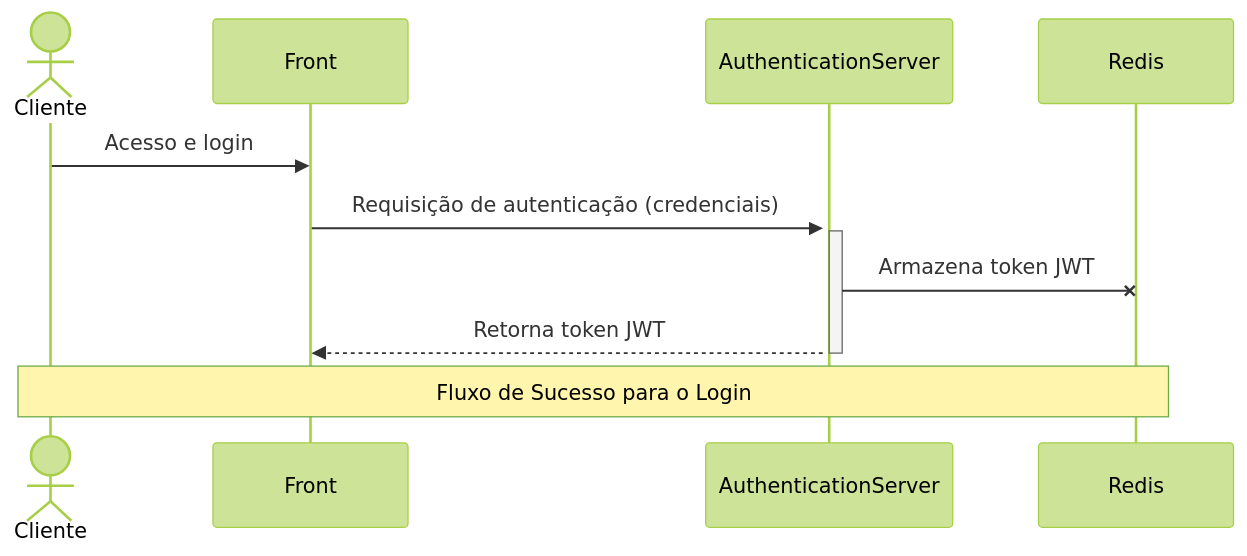
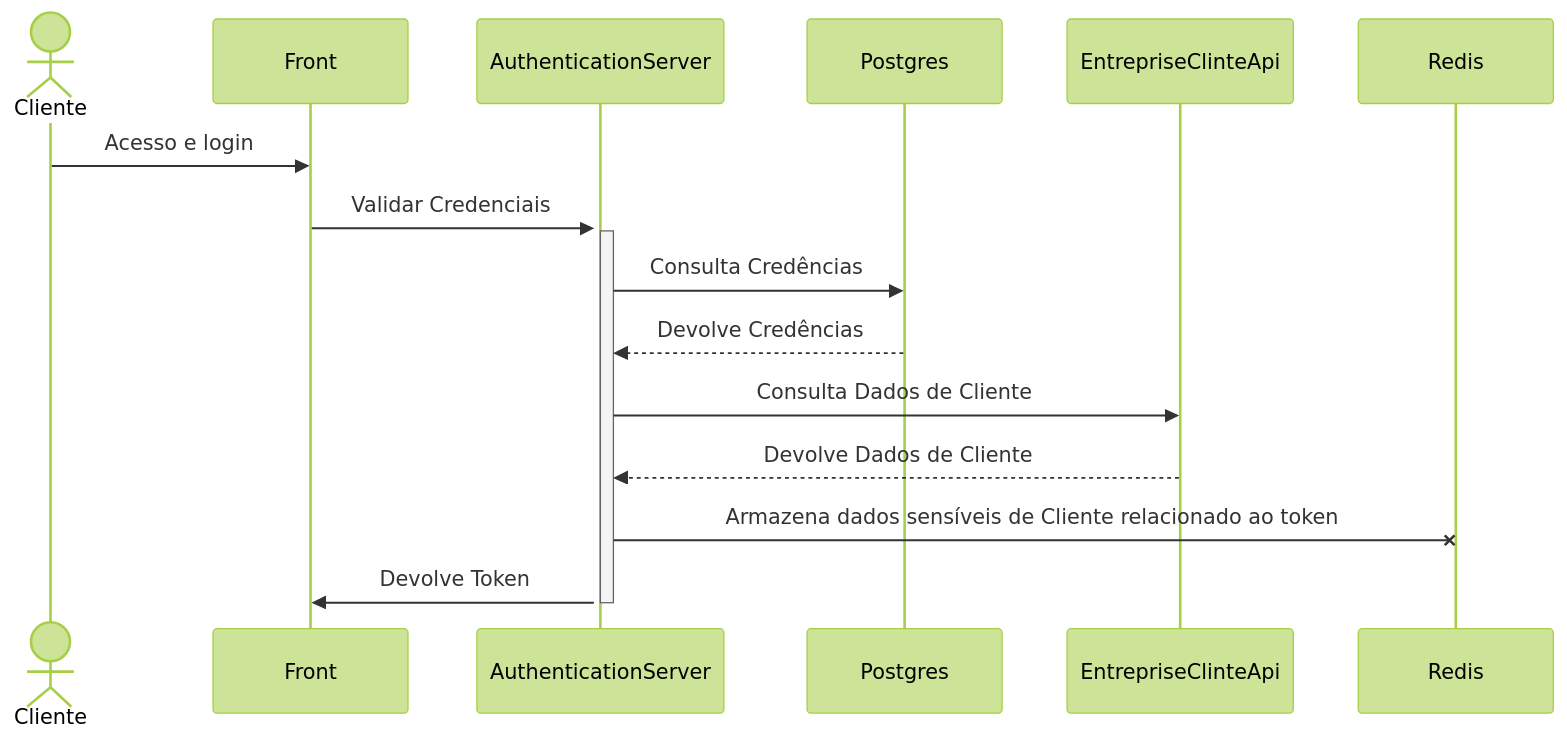
The first of 3 diagrams in README.md (thiagocbcunha/arch-solution), drawn with Mermaid (forest theme) before and after one commit. The commit also changed other lines of this file, not shown here.

````diff
--- a/README.md
+++ b/README.md
@@ -380,15 +155,14 @@
 ```mermaid
 sequenceDiagram
     actor Cliente
-    participant Front
-    participant AuthenticationServer
-    participant Redis
 
     Cliente->>Front: Acesso e login
-    Front->>+AuthenticationServer: Requisição de autenticação (credenciais)
+    Front->>+AuthenticationServer: Validar Credenciais
     activate AuthenticationServer
-    AuthenticationServer-xRedis: Armazena token JWT
-    AuthenticationServer-->>-Front: Retorna token JWT
-
-    Note over Cliente, Redis: Fluxo de Sucesso para o Login
+    AuthenticationServer->>Postgres: Consulta Credências
+    Postgres-->>AuthenticationServer: Devolve Credências
+    AuthenticationServer->>EntrepriseClinteApi: Consulta Dados de Cliente
+    EntrepriseClinteApi-->>AuthenticationServer: Devolve Dados de Cliente
+    AuthenticationServer-XRedis: Armazena dados sensíveis de Cliente relacionado ao token
+    AuthenticationServer->>-Front: Devolve Token
 ```
````
